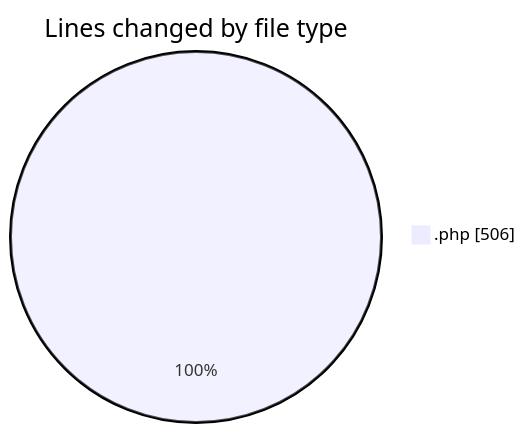
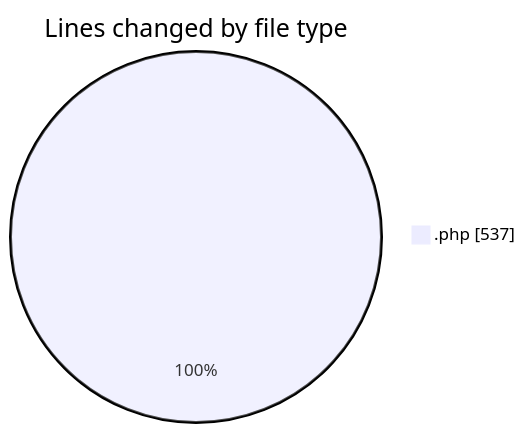
One commit to LanceThiago/code-tracking changed the first of 2 diagrams in 2026-09-09/web/README.md. Above: the diagram before and after it, drawn with Mermaid. The commit also changed other lines of this file and 1 other file, not shown here.

````diff
--- a/2026-09-09/web/README.md
+++ b/2026-09-09/web/README.md
@@ -22,5 +23,5 @@
 ```mermaid
 pie showData
 title Lines changed by file type
-".php" : 506
+".php" : 537
 ```
````
